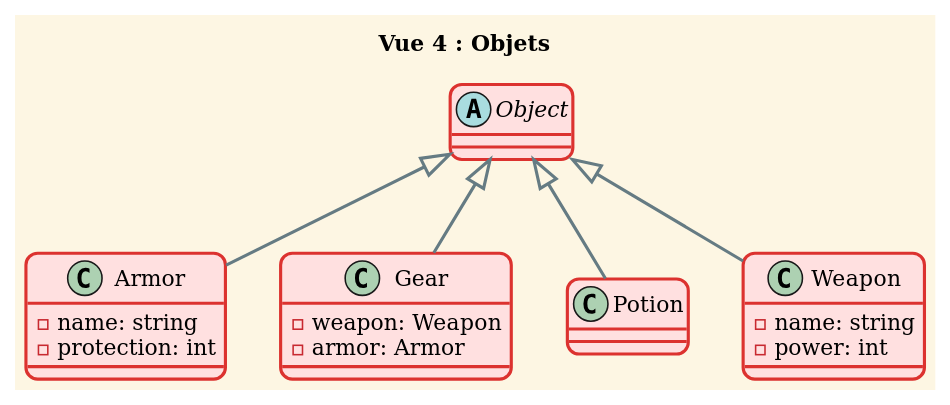
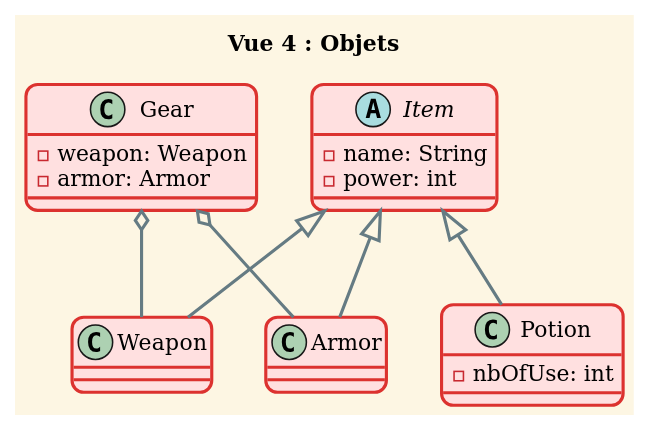
Before and after one commit to Leo-LTdev/JavaGradle: the fourth of 4 diagrams in app/src/main/java/projet/Architecture/Architecture.md, drawn with PlantUML. The commit also changed other lines of this file, not shown here.

````diff
--- a/app/src/main/java/projet/Architecture/Architecture.md
+++ b/app/src/main/java/projet/Architecture/Architecture.md
@@ -169,27 +213,31 @@
 ```plantuml
 @startuml
 !theme sunlust
 title Vue 4 : Objets
 
-abstract class Object
-class Armor {
-  - name: string
-  - protection: int
+abstract class Item {
+  - name: String
+  - power: int
 }
+
+class Armor
+class Weapon
+
+class Potion {
+  - nbOfUse: int
+}
+
 class Gear {
   - weapon: Weapon
   - armor: Armor
 }
-class Potion
-class Weapon {
-  - name: string
-  - power: int
-}
 
-Object <|-- Armor
-Object <|-- Potion
-Object <|-- Gear
-Object <|-- Weapon
+Item <|-- Armor
+Item <|-- Potion
+Item <|-- Weapon
+
+Gear o-- Weapon
+Gear o-- Armor
 
 @enduml 
 ```
````
